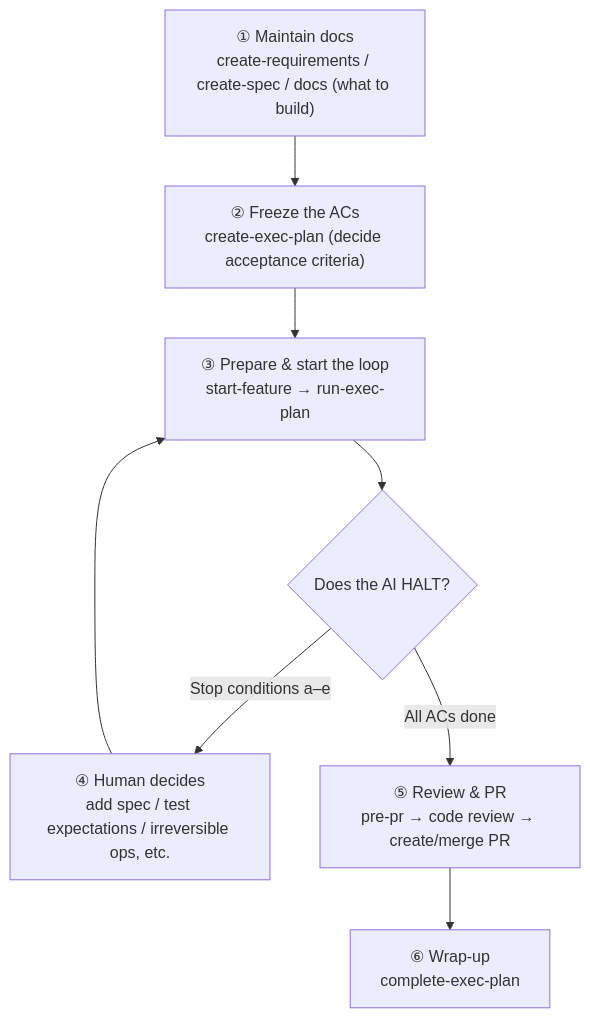
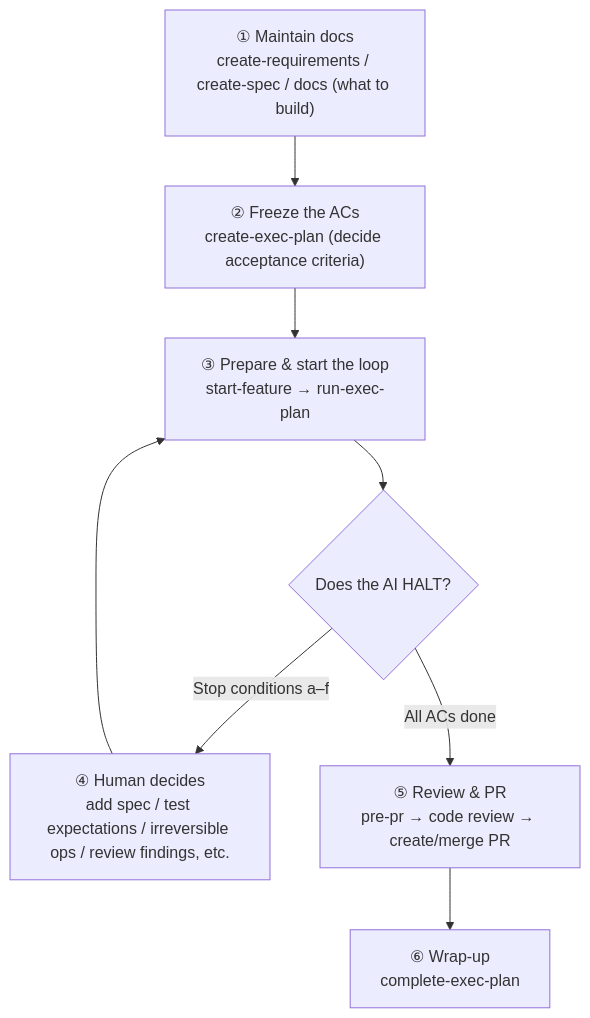
One commit to aki-senri/DocDDTemplate changed the diagram in ONBOARDING.md. Above: the diagram before and after it, drawn with Mermaid. The commit also changed other lines of this file and 4 other files, not shown here.

````diff
--- a/ONBOARDING.md
+++ b/ONBOARDING.md
@@ -326,11 +326,11 @@
 ```mermaid
 flowchart TD
     A["① Maintain docs<br/>create-requirements / create-spec / docs (what to build)"] --> B
     B["② Freeze the ACs<br/>create-exec-plan (decide acceptance criteria)"] --> C
     C["③ Prepare & start the loop<br/>start-feature → run-exec-plan"]
     C --> D{Does the AI HALT?}
-    D -->|Stop conditions a–e| E["④ Human decides<br/>add spec / test expectations / irreversible ops, etc."]
+    D -->|Stop conditions a–f| E["④ Human decides<br/>add spec / test expectations / irreversible ops / review findings, etc."]
     E --> C
     D -->|All ACs done| F["⑤ Review & PR<br/>pre-pr → code review → create/merge PR"]
     F --> G["⑥ Wrap-up<br/>complete-exec-plan"]
 ```
````
